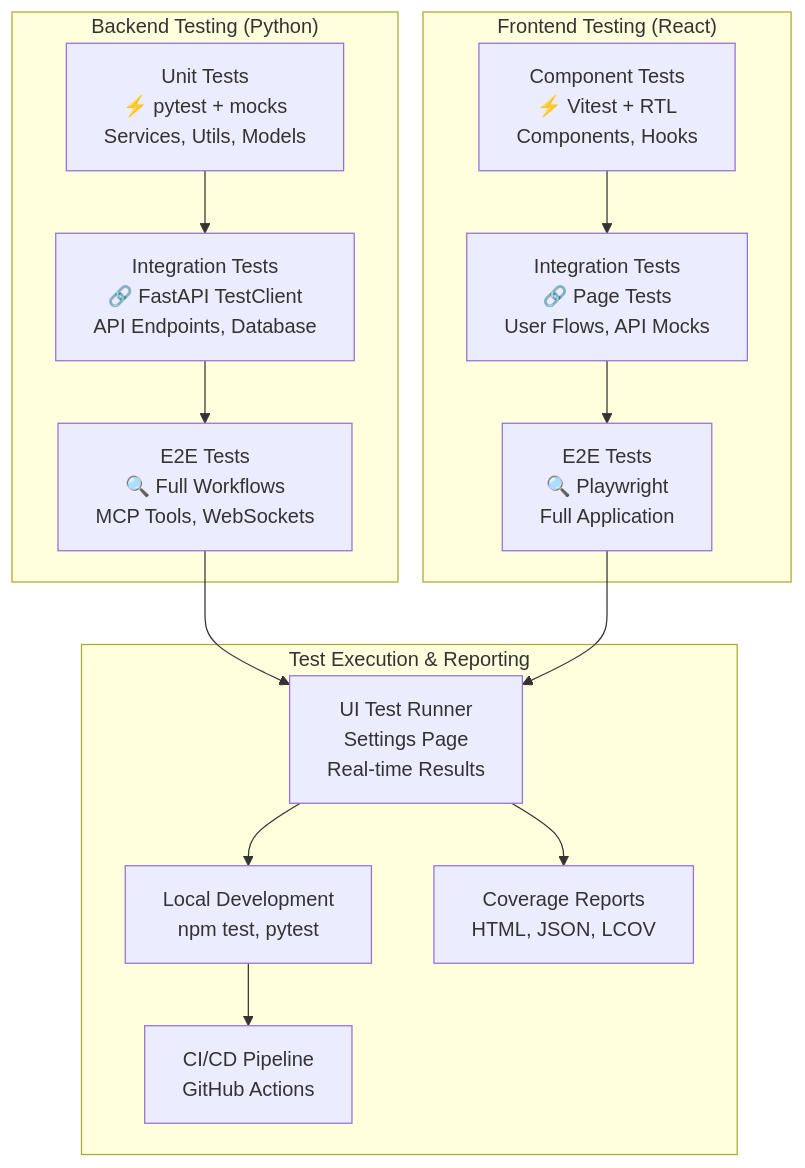
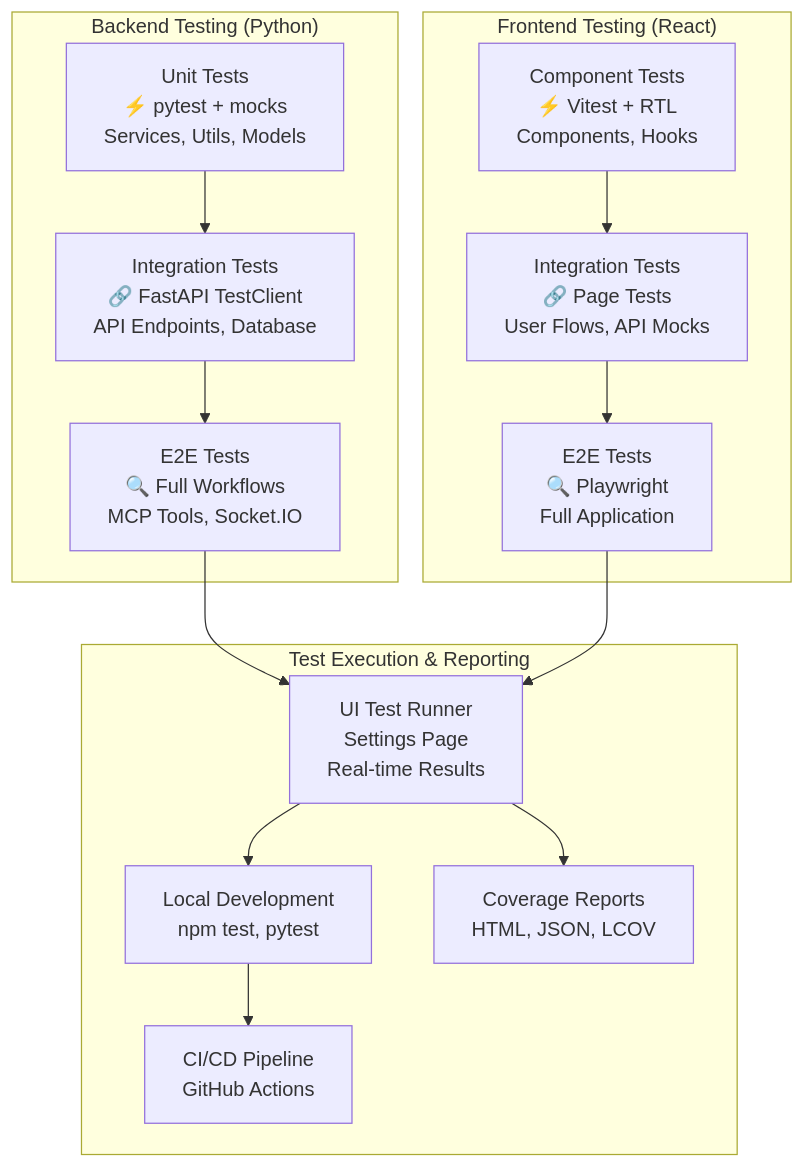
The diagram in docs/docs/testing.mdx (tarsonis125/mcp-crawl4ai-rag-ChromaDB-V1), drawn with Mermaid before and after one commit. The commit also changed other lines of this file and 36 other files, not shown here.

First line of the commit message:
refactor: transition to microservices architecture with Socket.IO integration

````diff
--- a/docs/docs/testing.mdx
+++ b/docs/docs/testing.mdx
@@ -20,32 +20,32 @@
 ```mermaid
 graph TB
     subgraph "Backend Testing (Python)"
         PyUnit["Unit Tests<br/>⚡ pytest + mocks<br/>Services, Utils, Models"]
         PyInt["Integration Tests<br/>🔗 FastAPI TestClient<br/>API Endpoints, Database"]
-        PyE2E["E2E Tests<br/>🔍 Full Workflows<br/>MCP Tools, WebSockets"]
+        PyE2E["E2E Tests<br/>🔍 Full Workflows<br/>MCP Tools, Socket.IO"]
     end
 
     subgraph "Frontend Testing (React)"
         JSUnit["Component Tests<br/>⚡ Vitest + RTL<br/>Components, Hooks"]
         JSInt["Integration Tests<br/>🔗 Page Tests<br/>User Flows, API Mocks"]
         JSE2E["E2E Tests<br/>🔍 Playwright<br/>Full Application"]
     end
 
     subgraph "Test Execution & Reporting"
         UI["UI Test Runner<br/>Settings Page<br/>Real-time Results"]
         Local["Local Development<br/>npm test, pytest"]
         CI["CI/CD Pipeline<br/>GitHub Actions"]
         Coverage["Coverage Reports<br/>HTML, JSON, LCOV"]
     end
 
     PyUnit --> PyInt
     PyInt --> PyE2E
     JSUnit --> JSInt
     JSInt --> JSE2E
     
     PyE2E --> UI
     JSE2E --> UI
     UI --> Coverage
     Local --> CI
     UI --> Local
 ```
````
